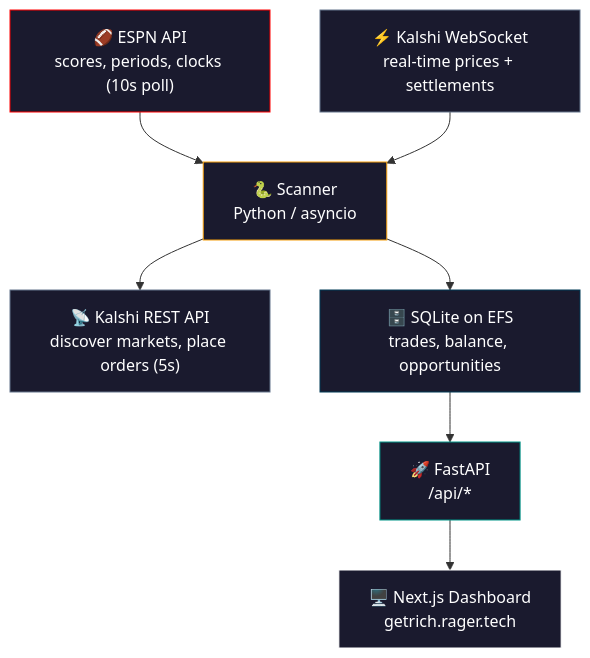
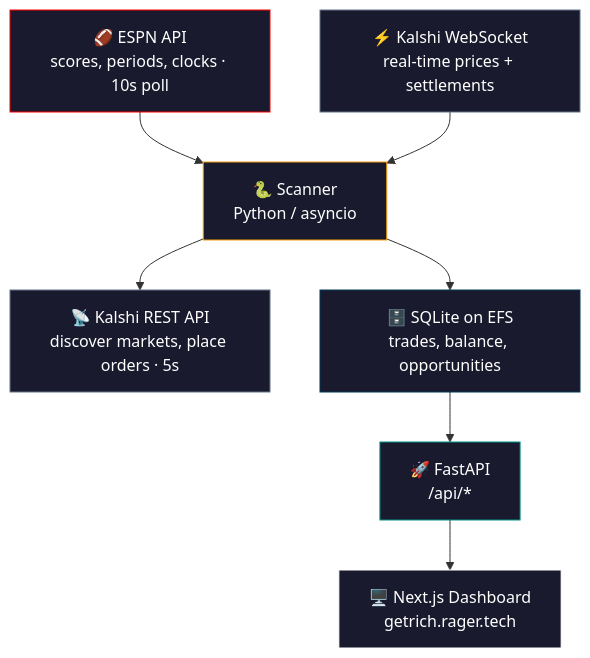
One commit to brentrager/get-rich-slow changed the diagram in README.md. Above: the diagram before and after it, drawn with Mermaid.

Commit message:
Fix mermaid line breaks: use <br/> instead of \n

````diff
--- a/README.md
+++ b/README.md
@@ -38,25 +38,25 @@
 ```mermaid
 graph TD
-    ESPN["🏈 ESPN API\nscores, periods, clocks (10s poll)"]
-    KWS["⚡ Kalshi WebSocket\nreal-time prices + settlements"]
-    KREST["📡 Kalshi REST API\ndiscover markets, place orders (5s)"]
-    SCANNER["🐍 Scanner\nPython / asyncio"]
-    DB["🗄️ SQLite on EFS\ntrades, balance, opportunities"]
-    API["🚀 FastAPI\n/api/*"]
-    DASH["🖥️ Next.js Dashboard\ngetrich.rager.tech"]
+    ESPN["🏈 ESPN API<br/>scores, periods, clocks · 10s poll"]
+    KWS["⚡ Kalshi WebSocket<br/>real-time prices + settlements"]
+    KREST["📡 Kalshi REST API<br/>discover markets, place orders · 5s"]
+    SCANNER["🐍 Scanner<br/>Python / asyncio"]
+    DB["🗄️ SQLite on EFS<br/>trades, balance, opportunities"]
+    API["🚀 FastAPI<br/>/api/*"]
+    DASH["🖥️ Next.js Dashboard<br/>getrich.rager.tech"]
 
     ESPN --> SCANNER
     KWS --> SCANNER
     SCANNER --> DB
     SCANNER --> KREST
     DB --> API
     API --> DASH
 
     style ESPN fill:#1a1a2e,stroke:#FF0000,color:#fff
     style KWS fill:#1a1a2e,stroke:#64748b,color:#fff
     style KREST fill:#1a1a2e,stroke:#64748b,color:#fff
     style SCANNER fill:#1a1a2e,stroke:#F59E0B,color:#fff
     style DB fill:#1a1a2e,stroke:#003B57,color:#fff
     style API fill:#1a1a2e,stroke:#009688,color:#fff
     style DASH fill:#1a1a2e,stroke:#fff,color:#fff
 ```
````
